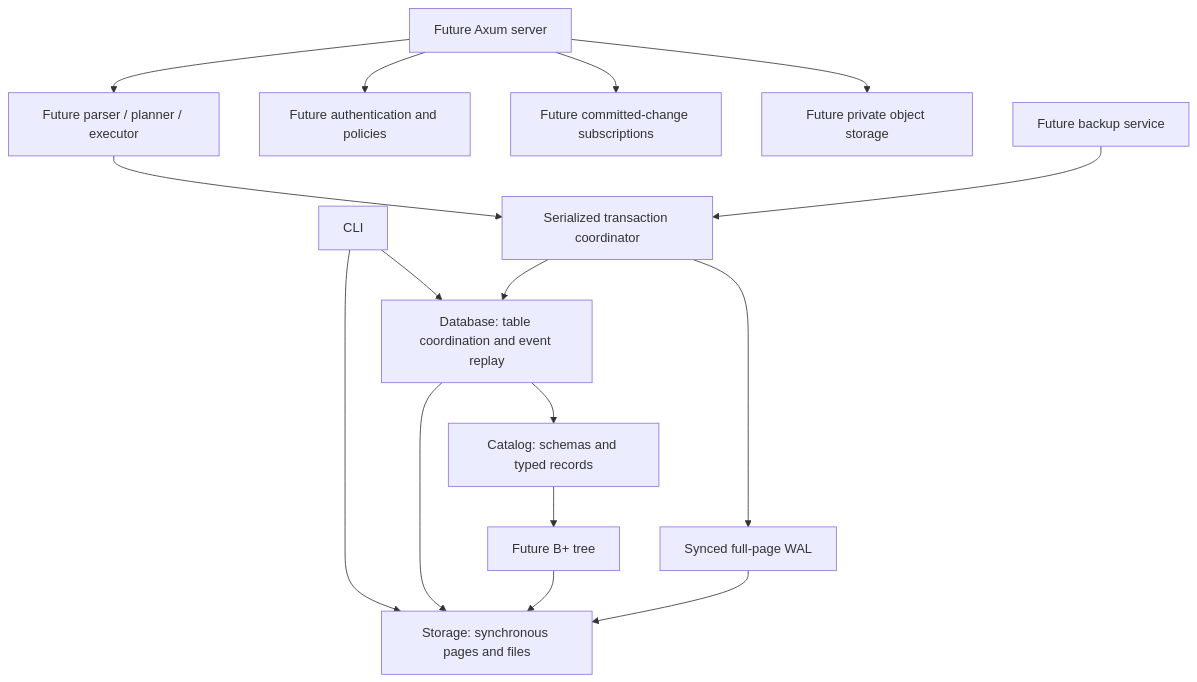
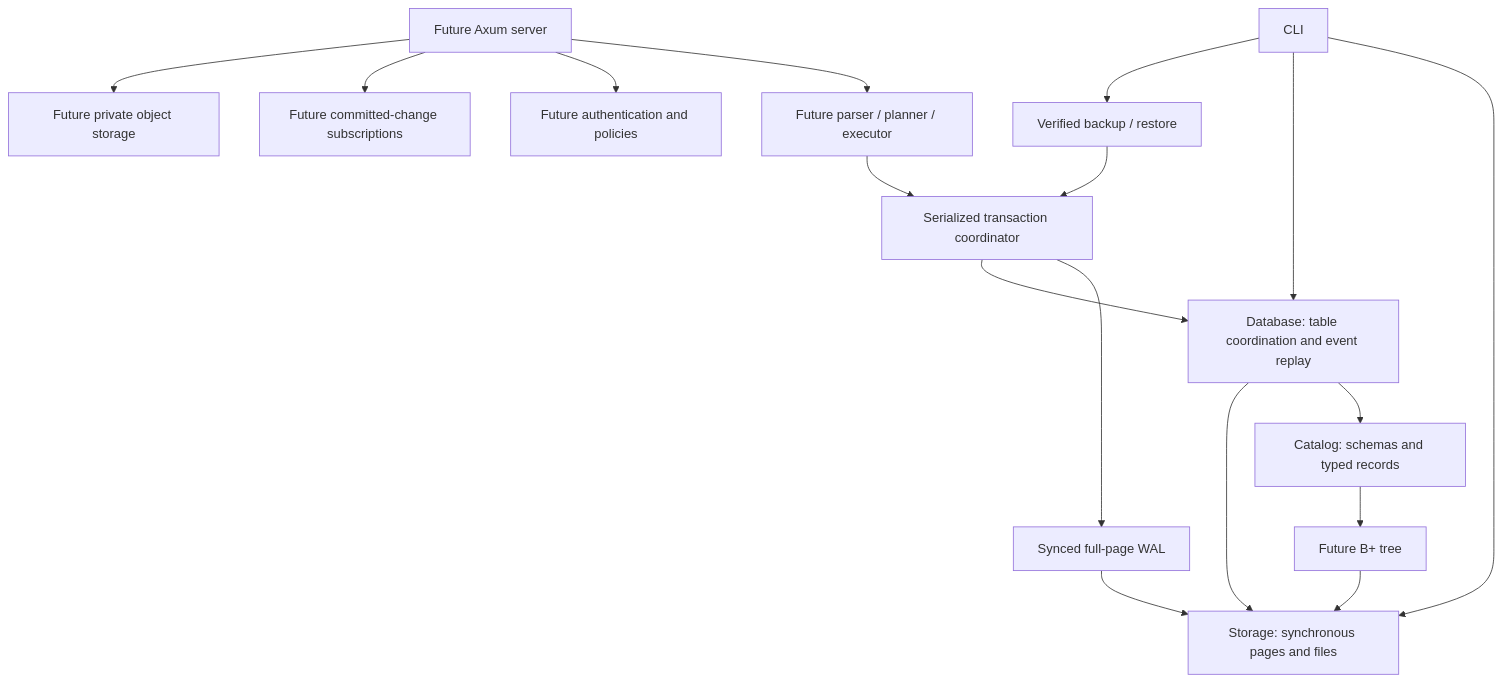
The diagram in docs/architecture.md (vantaeonx/EmilyBase), drawn with Mermaid before and after one commit. The commit also changed other lines of this file and 30 other files, not shown here.

Commit message:
feat(backup): add CLI with publication and I/O fault checks

````diff
--- a/docs/architecture.md
+++ b/docs/architecture.md
@@ -7,18 +7,19 @@
 ```mermaid
 flowchart TD
   CLI[CLI] --> Storage[Storage: synchronous pages and files]
   CLI --> Database[Database: table coordination and event replay]
   Database --> Catalog[Catalog: schemas and typed records]
   Database --> Storage
   HTTP[Future Axum server] --> Query[Future parser / planner / executor]
   Query --> Transactions[Serialized transaction coordinator]
   Transactions --> WAL[Synced full-page WAL]
   Transactions --> Database
   Catalog --> Index[Future B+ tree]
   Index --> Storage
   WAL --> Storage
   HTTP --> Auth[Future authentication and policies]
   HTTP --> Realtime[Future committed-change subscriptions]
   HTTP --> Objects[Future private object storage]
-  Backup[Future backup service] --> Transactions
+  CLI --> Backup[Verified backup / restore]
+  Backup --> Transactions
 ```
````
